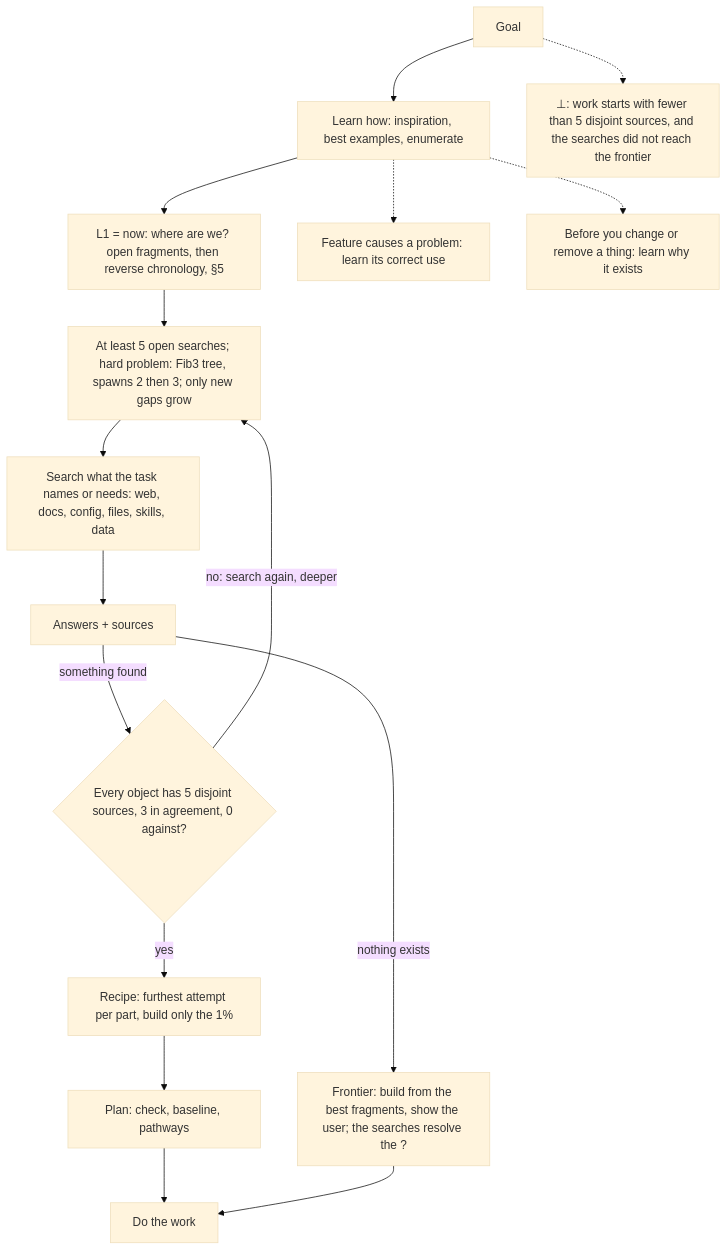
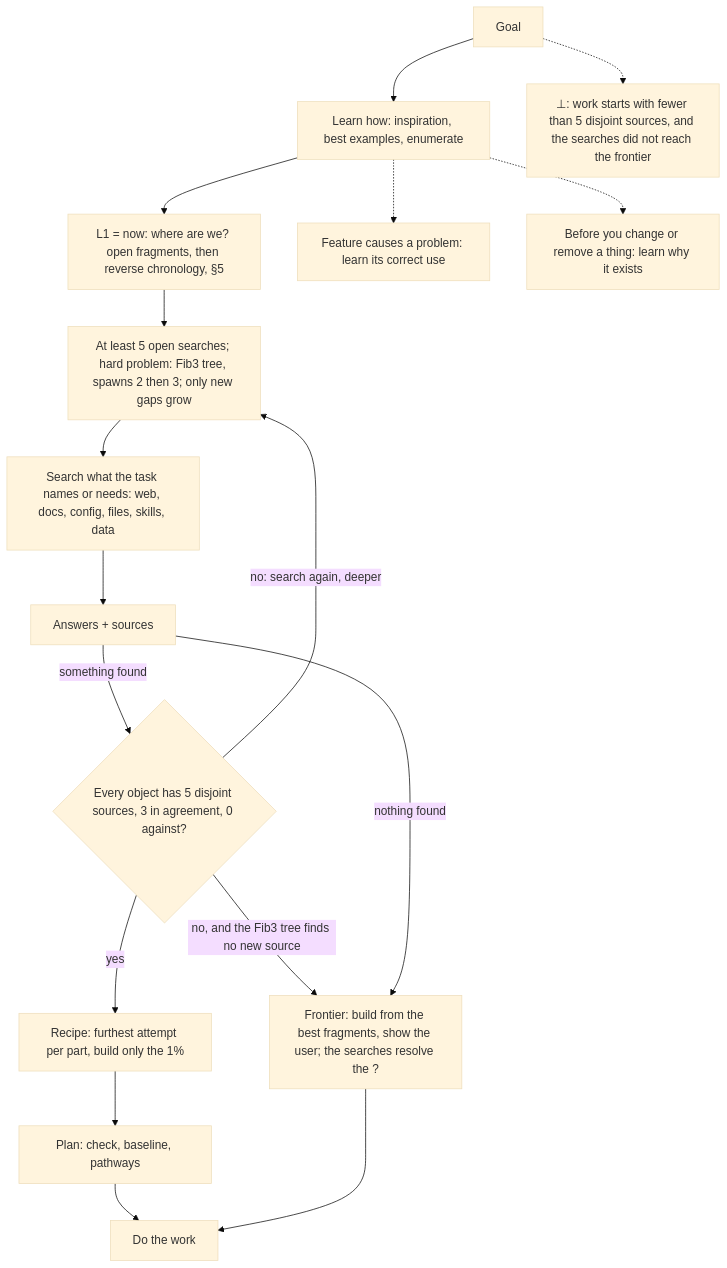
Before and after one commit to SolenixAI/arbiter: the fourth of 14 diagrams in AGENTS.md, drawn with Mermaid (base theme). The commit also changed other lines of this file and 2 other files, not shown here.

First line of the commit message:
docs(arbiter): fix fresh-review findings: blocker, view as reference, frontier exit

````diff
--- a/AGENTS.md
+++ b/AGENTS.md
@@ -223,11 +223,12 @@
 ```mermaid
 flowchart TD
   G[Goal] --> L[Learn how: inspiration, best examples, enumerate] --> F1["L1 = now: where are we? open fragments, then reverse chronology, §5"] --> Q["At least 5 open searches; hard problem: Fib3 tree, spawns 2 then 3; only new gaps grow"] --> S[Search what the task names or needs: web, docs, config, files, skills, data]
   S --> A[Answers + sources] -->|something found| N{Every object has 5 disjoint sources, 3 in agreement, 0 against?}
   N -->|no: search again, deeper| Q
+  N -->|no, and the Fib3 tree finds no new source| U
   N -->|yes| R[Recipe: furthest attempt per part, build only the 1%] --> P[Plan: check, baseline, pathways] --> B[Do the work]
-  A -->|nothing exists| U["Frontier: build from the best fragments, show the user; the searches resolve the ?"] --> B
+  A -->|nothing found| U["Frontier: build from the best fragments, show the user; the searches resolve the ?"] --> B
   L -.-> NB[Feature causes a problem: learn its correct use]
   L -.-> CF[Before you change or remove a thing: learn why it exists]
   G -.-> BOT["⊥: work starts with fewer than 5 disjoint sources, and the searches did not reach the frontier"]
 ```
````
